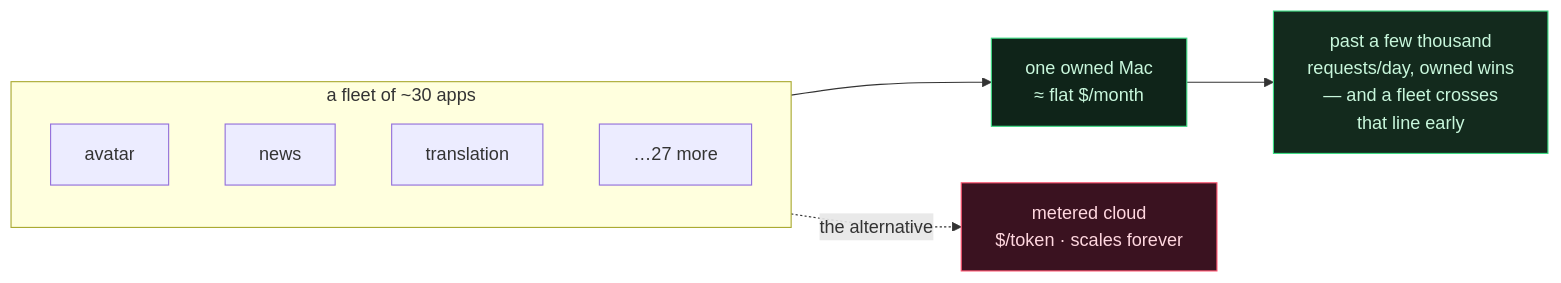
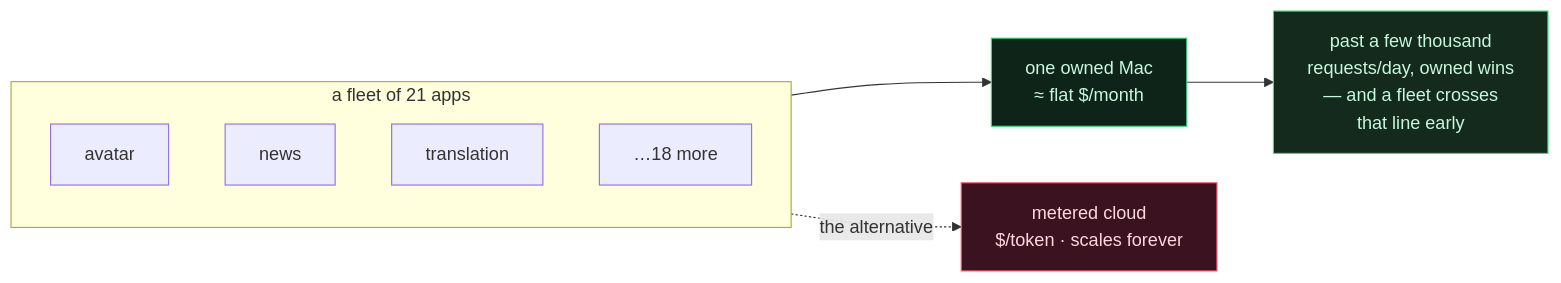
One commit to nskit-io/fleet-inference-gateway changed the fifth of 5 diagrams in README.ja.md. Above: the diagram before and after it, drawn with Mermaid. The commit also changed other lines of this file and 3 other files, not shown here.

````diff
--- a/README.ja.md
+++ b/README.ja.md
@@ -139,12 +151,12 @@
 ```mermaid
 flowchart LR
-  subgraph fleet["a fleet of ~30 apps"]
-    A1["avatar"]; A2["news"]; A3["translation"]; A4["…27 more"]
+  subgraph fleet["a fleet of 21 apps"]
+    A1["avatar"]; A2["news"]; A3["translation"]; A4["…18 more"]
   end
   fleet --> OWN["one owned Mac<br/>≈ flat $/month"]
   fleet -. "the alternative" .-> CLD["metered cloud<br/>$/token · scales forever"]
   OWN --> WIN["past a few thousand<br/>requests/day, owned wins<br/>— and a fleet crosses<br/>that line early"]
   style OWN fill:#0f2419,stroke:#3ddc84,color:#c8f7dc
   style CLD fill:#3a1220,stroke:#ff5470,color:#ffd7df
   style WIN fill:#132a1d,stroke:#3ddc84,color:#c8f7dc
 ```
````
